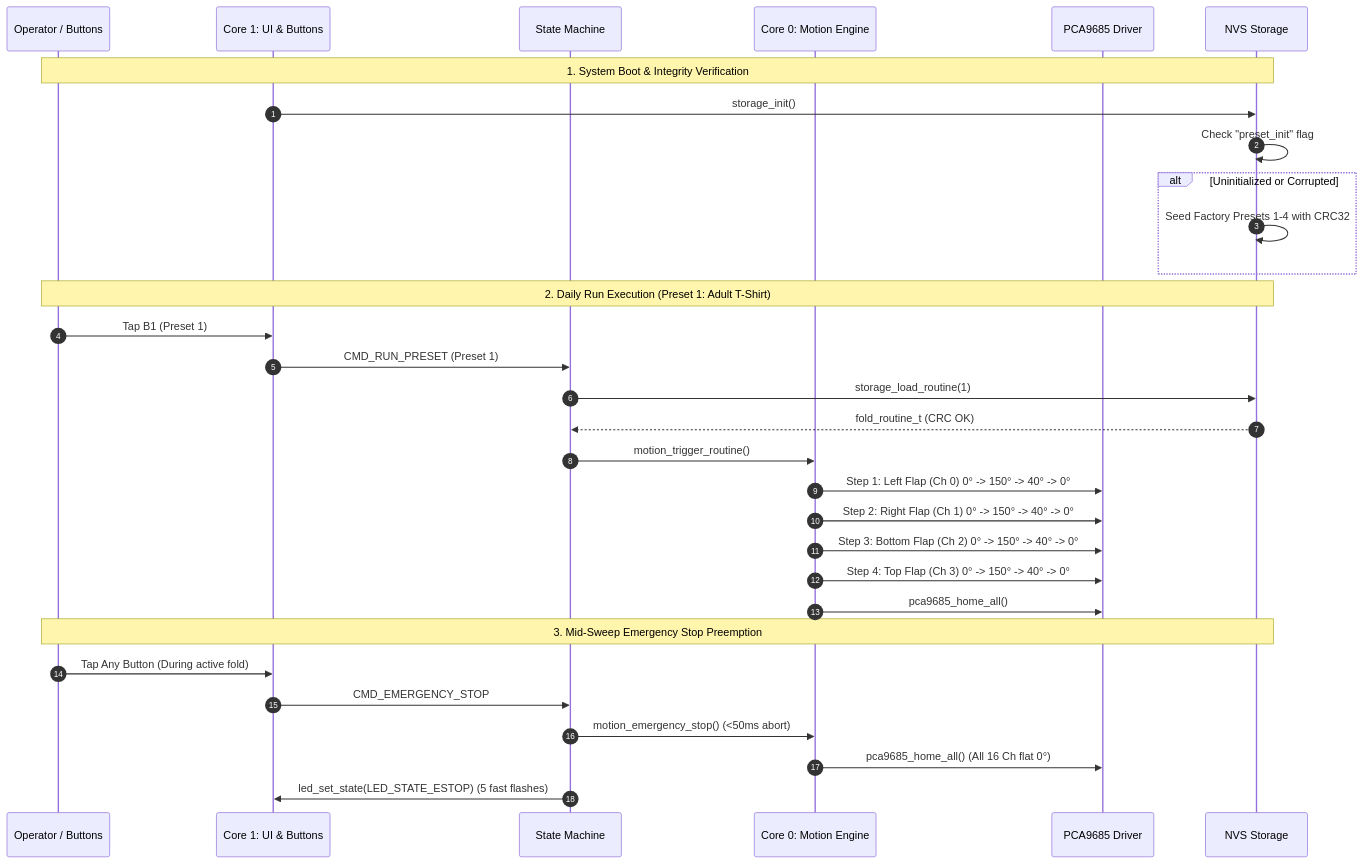
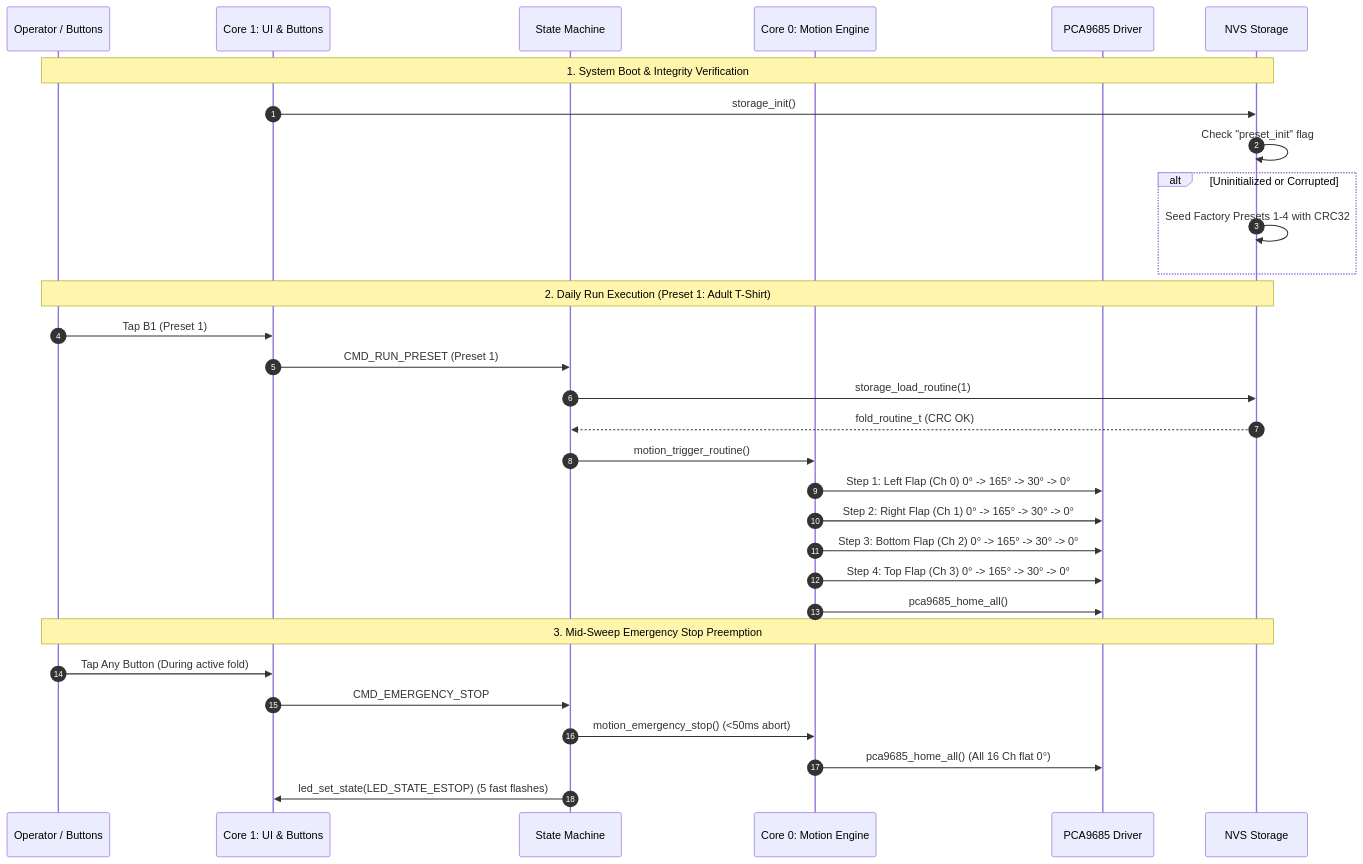
Before and after one commit to aiandrobotics/fabrica: the diagram in firmware/specs/2026-09-07-phase-7-system-validation-preset-library/requirements.md, drawn with Mermaid. The commit also changed other lines of this file and 29 other files, not shown here.

````diff
--- a/firmware/specs/2026-09-07-phase-7-system-validation-preset-library/requirements.md
+++ b/firmware/specs/2026-09-07-phase-7-system-validation-preset-library/requirements.md
@@ -82,36 +82,36 @@
 ```mermaid
 sequenceDiagram
     autonumber
     participant User as Operator / Buttons
     participant Core1 as Core 1: UI & Buttons
     participant SM as State Machine
     participant Core0 as Core 0: Motion Engine
     participant PCA as PCA9685 Driver
     participant NVS as NVS Storage
 
     Note over User,NVS: 1. System Boot & Integrity Verification
     Core1->>NVS: storage_init()
     NVS->>NVS: Check "preset_init" flag
     alt Uninitialized or Corrupted
         NVS->>NVS: Seed Factory Presets 1-4 with CRC32
     end
 
     Note over User,NVS: 2. Daily Run Execution (Preset 1: Adult T-Shirt)
     User->>Core1: Tap B1 (Preset 1)
     Core1->>SM: CMD_RUN_PRESET (Preset 1)
     SM->>NVS: storage_load_routine(1)
     NVS-->>SM: fold_routine_t (CRC OK)
     SM->>Core0: motion_trigger_routine()
-    Core0->>PCA: Step 1: Left Flap (Ch 0) 0° -> 150° -> 40° -> 0°
-    Core0->>PCA: Step 2: Right Flap (Ch 1) 0° -> 150° -> 40° -> 0°
-    Core0->>PCA: Step 3: Bottom Flap (Ch 2) 0° -> 150° -> 40° -> 0°
-    Core0->>PCA: Step 4: Top Flap (Ch 3) 0° -> 150° -> 40° -> 0°
+    Core0->>PCA: Step 1: Left Flap (Ch 0) 0° -> 165° -> 30° -> 0°
+    Core0->>PCA: Step 2: Right Flap (Ch 1) 0° -> 165° -> 30° -> 0°
+    Core0->>PCA: Step 3: Bottom Flap (Ch 2) 0° -> 165° -> 30° -> 0°
+    Core0->>PCA: Step 4: Top Flap (Ch 3) 0° -> 165° -> 30° -> 0°
     Core0->>PCA: pca9685_home_all()
 
     Note over User,NVS: 3. Mid-Sweep Emergency Stop Preemption
     User->>Core1: Tap Any Button (During active fold)
     Core1->>SM: CMD_EMERGENCY_STOP
     SM->>Core0: motion_emergency_stop() (<50ms abort)
     Core0->>PCA: pca9685_home_all() (All 16 Ch flat 0°)
     SM->>Core1: led_set_state(LED_STATE_ESTOP) (5 fast flashes)
 ```
````
